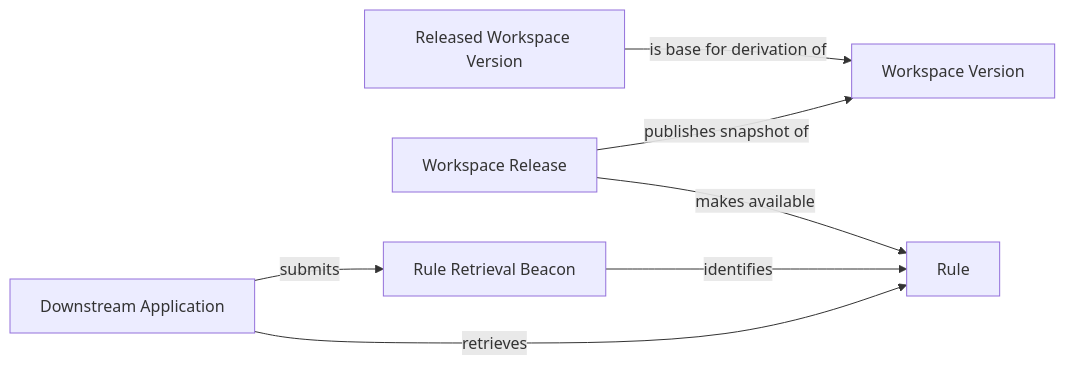
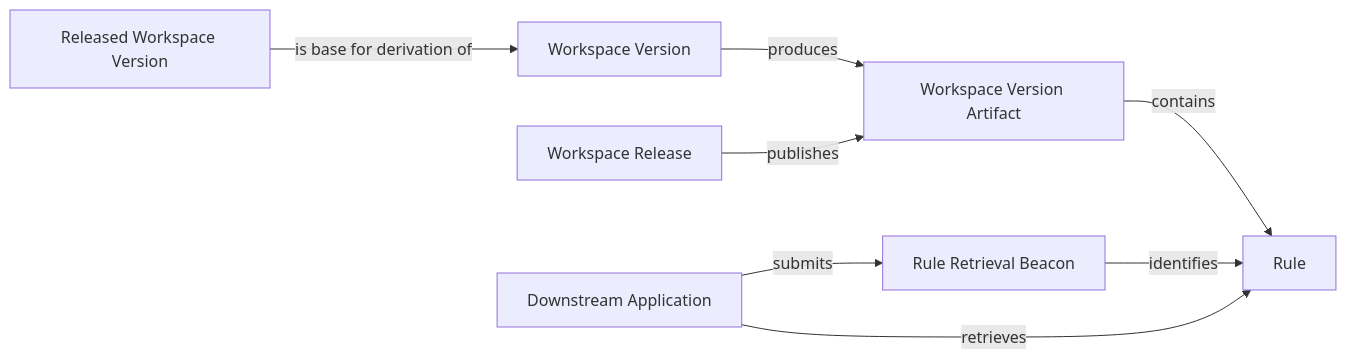
Before and after one commit to huang-xiao-jian/themis: the third of 3 diagrams in specs/copernicus/relationships.md, drawn with Mermaid. The commit also changed other lines of this file and 6 other files, not shown here.

Commit message:
docs(copernicus): add workspace version artifacts

````diff
--- a/specs/copernicus/relationships.md
+++ b/specs/copernicus/relationships.md
@@ -184,16 +189,18 @@
 ```mermaid
 flowchart LR
     base[Released Workspace Version]
     version[Workspace Version]
+    artifact[Workspace Version Artifact]
     release[Workspace Release]
     rule[Rule]
     beacon[Rule Retrieval Beacon]
     app[Downstream Application]
 
     base -->|is base for derivation of| version
-    release -->|publishes snapshot of| version
-    release -->|makes available| rule
+    version -->|produces| artifact
+    release -->|publishes| artifact
+    artifact -->|contains| rule
     beacon -->|identifies| rule
     app -->|submits| beacon
     app -->|retrieves| rule
 ```
````
